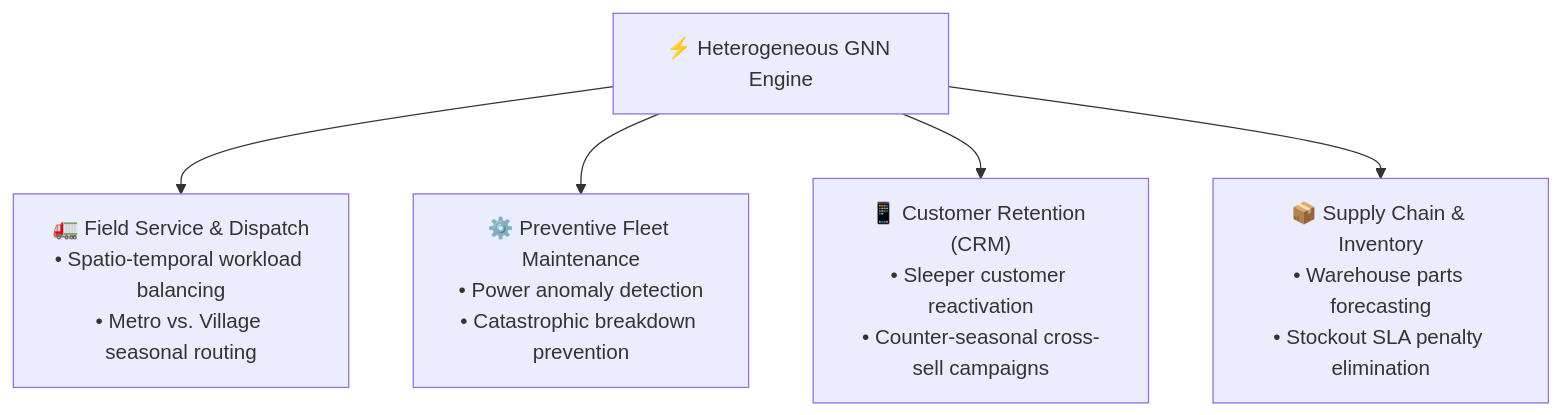
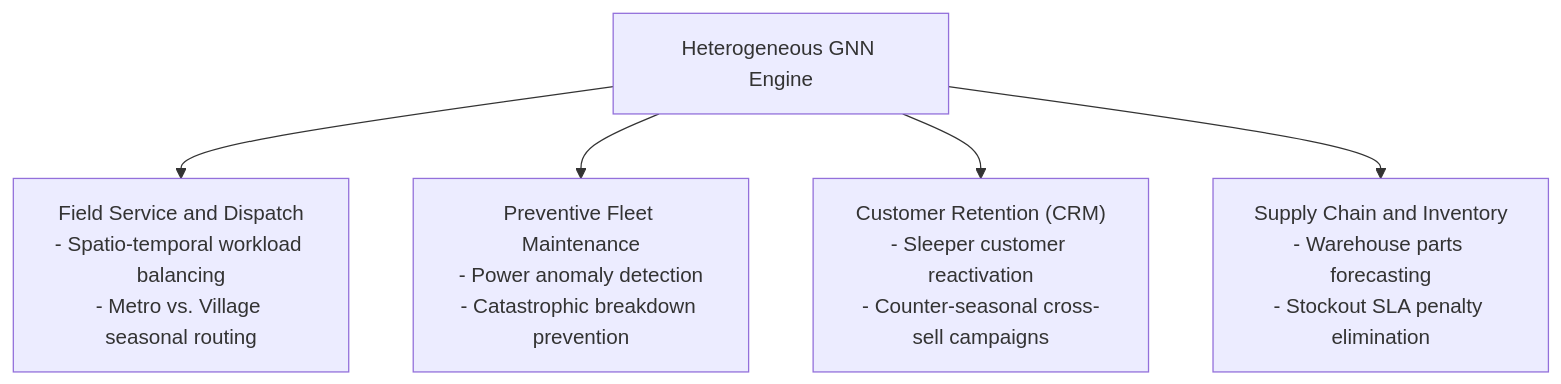
The third of 4 diagrams in docs/GML_FOUNDATIONS_WHAT_WHY_HOW_WHERE.md (AnimeshBasak-14/SmartHVAC), drawn with Mermaid before and after one commit. The commit also changed other lines of this file and 51 other files, not shown here.

````diff
--- a/docs/GML_FOUNDATIONS_WHAT_WHY_HOW_WHERE.md
+++ b/docs/GML_FOUNDATIONS_WHAT_WHY_HOW_WHERE.md
@@ -100,9 +103,9 @@
 ```mermaid
-graph TD
-    GML["⚡ Heterogeneous GNN Engine"]
+flowchart TD
+    GML["Heterogeneous GNN Engine"]
 
-    GML --> FieldOps["🚛 Field Service & Dispatch<br>• Spatio-temporal workload balancing<br>• Metro vs. Village seasonal routing"]
-    GML --> Fleet["⚙️ Preventive Fleet Maintenance<br>• Power anomaly detection<br>• Catastrophic breakdown prevention"]
-    GML --> Marketing["📱 Customer Retention (CRM)<br>• Sleeper customer reactivation<br>• Counter-seasonal cross-sell campaigns"]
-    GML --> SCM["📦 Supply Chain & Inventory<br>• Warehouse parts forecasting<br>• Stockout SLA penalty elimination"]
+    GML --> FieldOps["Field Service and Dispatch<br>- Spatio-temporal workload balancing<br>- Metro vs. Village seasonal routing"]
+    GML --> Fleet["Preventive Fleet Maintenance<br>- Power anomaly detection<br>- Catastrophic breakdown prevention"]
+    GML --> Marketing["Customer Retention (CRM)<br>- Sleeper customer reactivation<br>- Counter-seasonal cross-sell campaigns"]
+    GML --> SCM["Supply Chain and Inventory<br>- Warehouse parts forecasting<br>- Stockout SLA penalty elimination"]
 ```
````
